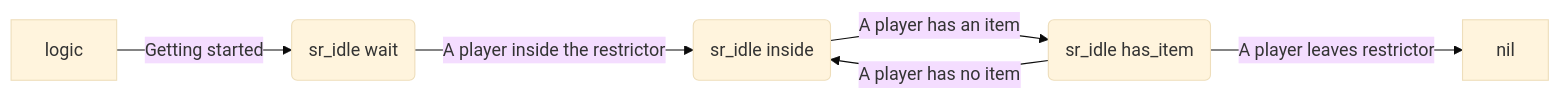
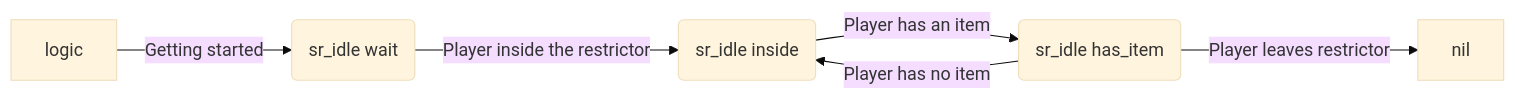
Before and after one commit to Igigog/anomaly-modding-book: the first of 2 diagrams in src/reference/configs/algoritm-of-logic.md, drawn with Mermaid (base theme). The commit also changed other lines of this file and 115 other files, not shown here.

````diff
--- a/src/reference/configs/algoritm-of-logic.md
+++ b/src/reference/configs/algoritm-of-logic.md
@@ -24,8 +24,8 @@
 ```mermaid
 flowchart LR;
     logic-->|Getting started|wait(sr_idle wait);
-    wait-->|A player inside the restrictor|inside(sr_idle inside);
-    inside-->|A player has an item|has_item(sr_idle has_item);
-    has_item-->|A player has no item|inside(sr_idle inside);
-    has_item-->|A player leaves restrictor|nil;
+    wait-->|Player inside the restrictor|inside(sr_idle inside);
+    inside-->|Player has an item|has_item(sr_idle has_item);
+    has_item-->|Player has no item|inside(sr_idle inside);
+    has_item-->|Player leaves restrictor|nil;
 ```
````
